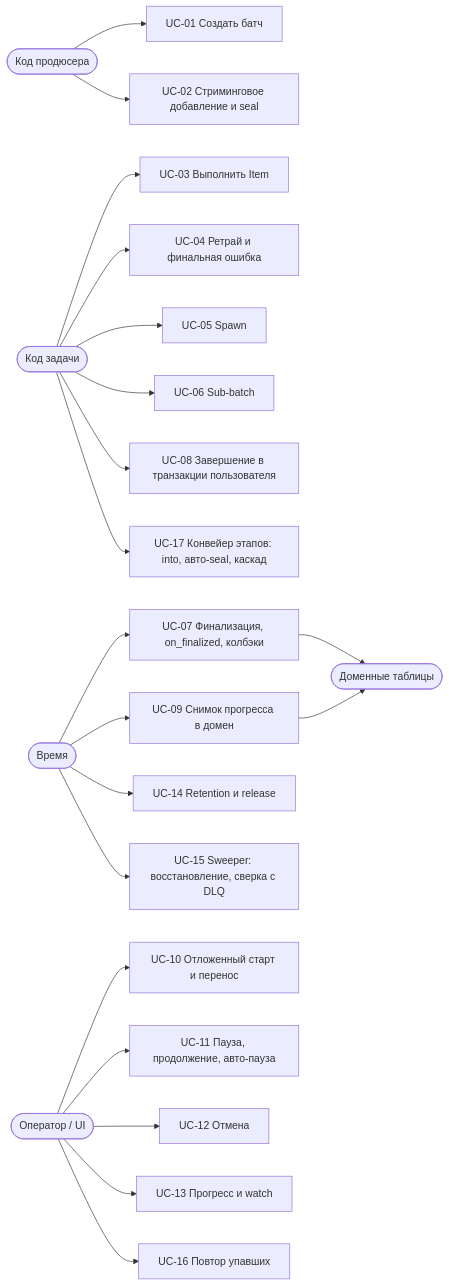
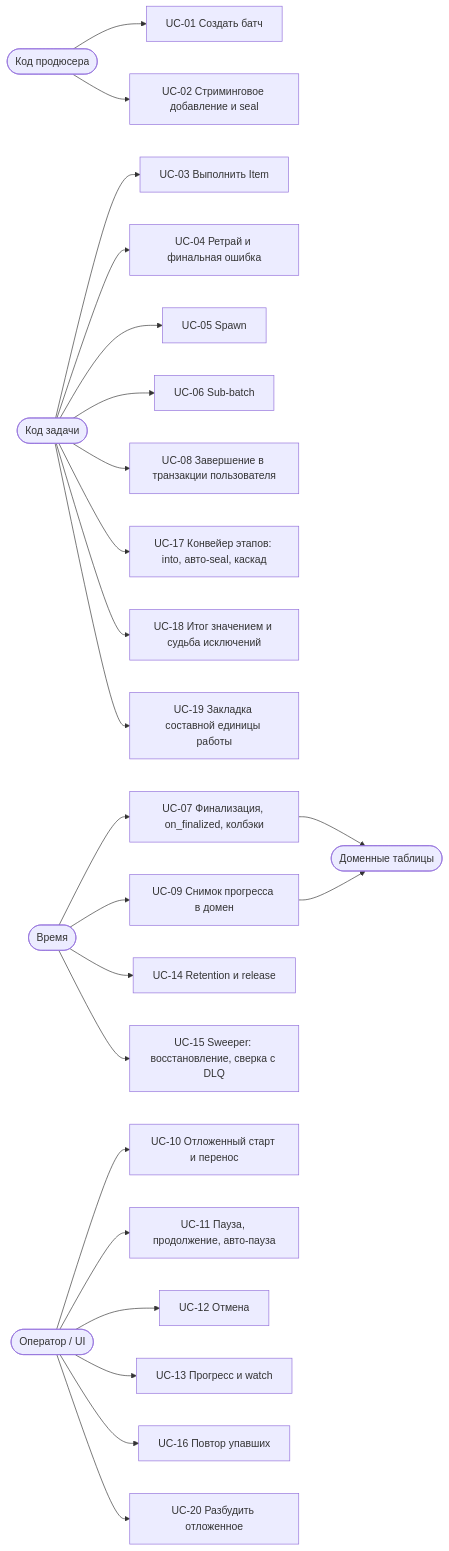
Diagram 12 of 43 in docs/ARCHITECTURE.md (0cherednoq/Tallyho), drawn with Mermaid before and after one commit. The commit also changed other lines of this file and 3 other files, not shown here.

First line of the commit message:
RM8.0: контракт API единицы работы в источниках истины

````diff
--- a/docs/ARCHITECTURE.md
+++ b/docs/ARCHITECTURE.md
@@ -877,28 +927,31 @@
 ```mermaid
 flowchart LR
     prod(["Код продюсера"])
     work(["Код задачи"])
     ops(["Оператор / UI"])
     dom(["Доменные таблицы"])
     time(["Время"])
 
     prod --> UC01["UC-01 Создать батч"]
     prod --> UC02["UC-02 Стриминговое добавление и seal"]
     work --> UC03["UC-03 Выполнить Item"]
     work --> UC04["UC-04 Ретрай и финальная ошибка"]
     work --> UC05["UC-05 Spawn"]
     work --> UC06["UC-06 Sub-batch"]
     time --> UC07["UC-07 Финализация, on_finalized, колбэки"]
     UC07 --> dom
     work --> UC08["UC-08 Завершение в транзакции пользователя"]
     time --> UC09["UC-09 Снимок прогресса в домен"]
     UC09 --> dom
     ops --> UC10["UC-10 Отложенный старт и перенос"]
     ops --> UC11["UC-11 Пауза, продолжение, авто-пауза"]
     ops --> UC12["UC-12 Отмена"]
     ops --> UC13["UC-13 Прогресс и watch"]
     time --> UC14["UC-14 Retention и release"]
     time --> UC15["UC-15 Sweeper: восстановление, сверка с DLQ"]
     ops --> UC16["UC-16 Повтор упавших"]
     work --> UC17["UC-17 Конвейер этапов: into, авто-seal, каскад"]
+    work --> UC18["UC-18 Итог значением и судьба исключений"]
+    work --> UC19["UC-19 Закладка составной единицы работы"]
+    ops --> UC20["UC-20 Разбудить отложенное"]
 ```
````
